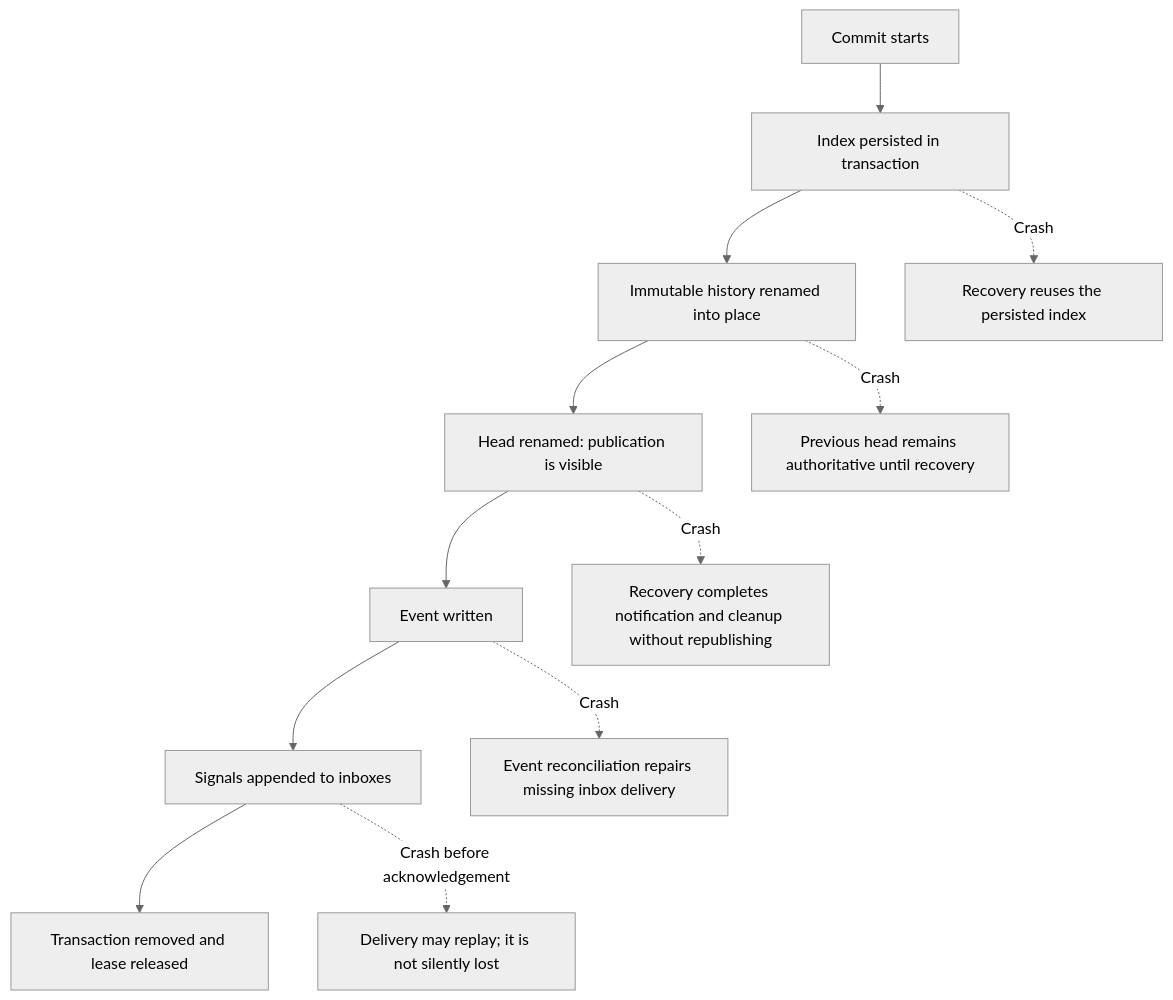
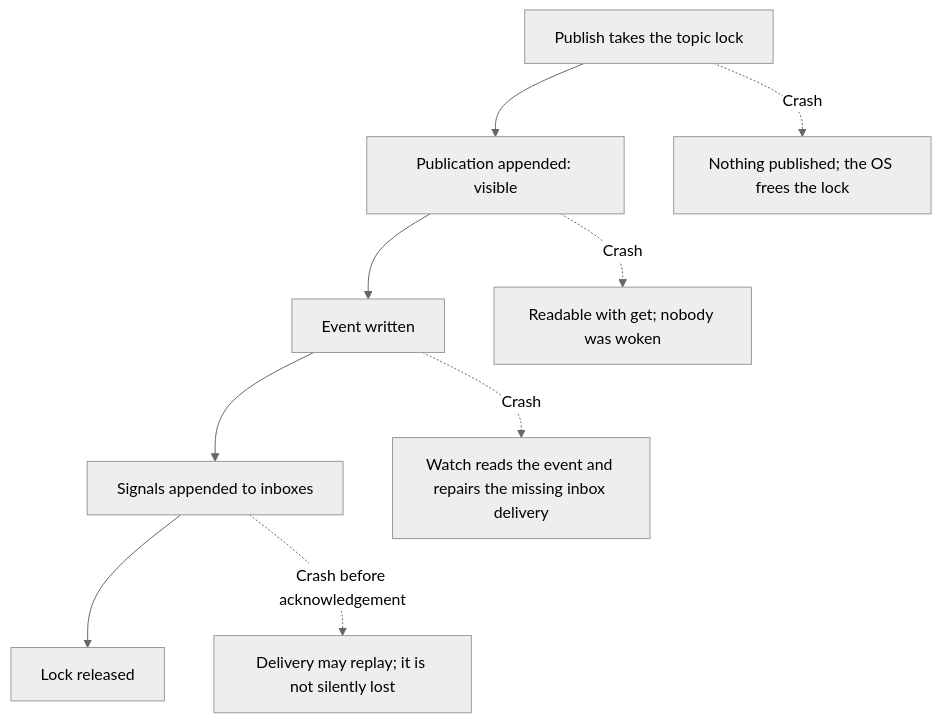
One commit to danlavee/Conductor changed the fifth of 5 diagrams in docs/activity-diagrams.md. Above: the diagram before and after it, drawn with Mermaid (neutral theme). The commit also changed other lines of this file and 48 other files, not shown here.

First line of the commit message:
refactor!: publish under one topic file lock; drop redact and strike

````diff
--- a/docs/activity-diagrams.md
+++ b/docs/activity-diagrams.md
@@ -136,15 +92,12 @@
 ```mermaid
 flowchart TD
-    S["Commit starts"] --> I["Index persisted in transaction"]
-    I --> H["Immutable history renamed into place"]
-    H --> HD["Head renamed: publication is visible"]
-    HD --> E["Event written"]
+    S["Publish takes the topic lock"] --> H["Publication appended: visible"]
+    H --> E["Event written"]
     E --> N["Signals appended to inboxes"]
-    N --> C["Transaction removed and lease released"]
+    N --> R["Lock released"]
 
-    I -. "Crash" .-> RI["Recovery reuses the persisted index"]
-    H -. "Crash" .-> RH["Previous head remains authoritative until recovery"]
-    HD -. "Crash" .-> RP["Recovery completes notification and cleanup without republishing"]
-    E -. "Crash" .-> RN["Event reconciliation repairs missing inbox delivery"]
+    S -. "Crash" .-> RS["Nothing published; the OS frees the lock"]
+    H -. "Crash" .-> RH["Readable with get; nobody was woken"]
+    E -. "Crash" .-> RN["Watch reads the event and repairs the missing inbox delivery"]
     N -. "Crash before acknowledgement" .-> RR["Delivery may replay; it is not silently lost"]
 ```
````
